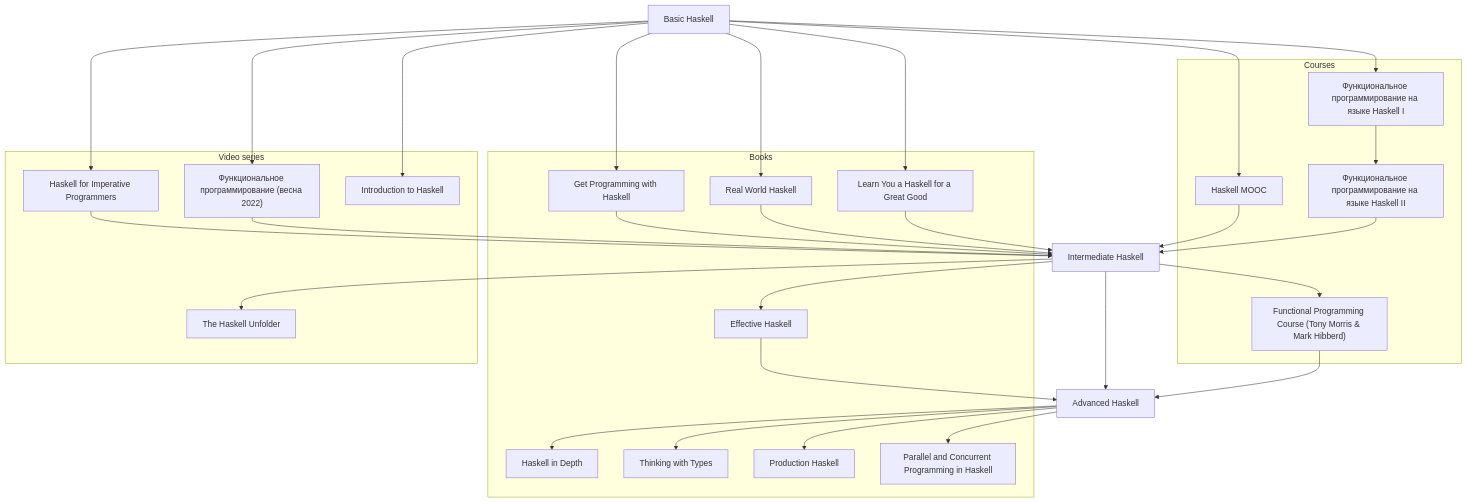
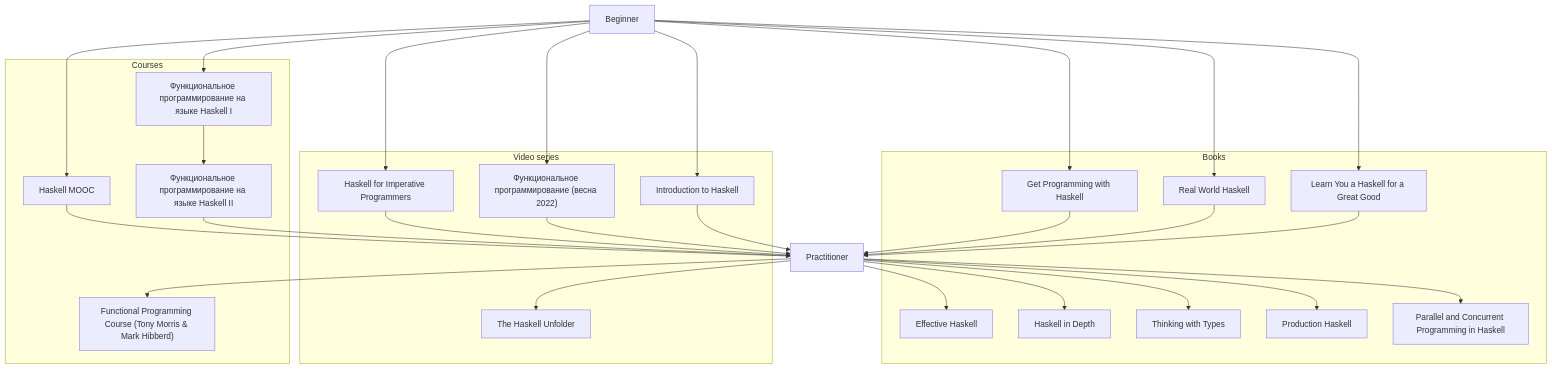
One commit to haskelluz/resources changed the diagram in README.md. Above: the diagram before and after it, drawn with Mermaid.

Commit message:
refactor: resource level classification

````diff
--- a/README.md
+++ b/README.md
@@ -26,54 +26,51 @@
 ```mermaid
 graph TD
-    A1[Basic Haskell]
-    A2[Intermediate Haskell]
-    A3[Advanced Haskell]
+    L1[Beginner]
+    L2[Practitioner]
 
-    A1 --> B1_1[Get Programming with Haskell]
-    A1 --> B1_2[Real World Haskell]
-    A1 --> B1_3[Learn You a Haskell for a Great Good]
-    A1 --> C1_1[Haskell MOOC]
-    A1 --> C1_2[Функциональное программирование на языке Haskell I]
-    A1 --> V1_1[Haskell for Imperative Programmers]
-    A1 --> V1_2["Функциональное программирование (весна 2022)"]
-    A1 --> V1_3[Introduction to Haskell]
+    L1 --> B1_1[Get Programming with Haskell]
+    L1 --> B1_2[Real World Haskell]
+    L1 --> B1_3[Learn You a Haskell for a Great Good]
+    L1 --> C1_1[Haskell MOOC]
+    L1 --> C1_2[Функциональное программирование на языке Haskell I]
+    L1 --> V1_1[Haskell for Imperative Programmers]
+    L1 --> V1_2["Функциональное программирование (весна 2022)"]
+    L1 --> V1_3[Introduction to Haskell]
 
     C1_2 --> C1_3[Функциональное программирование на языке Haskell II]
 
-    A2 --> B2_1[Effective Haskell]
-    A2 --> C2_1["Functional Programming Course (Tony Morris & Mark Hibberd)"]
-    A2 --> V2_1[The Haskell Unfolder]
+    L2 --> B2_1[Effective Haskell]
+    L2 --> C2_1["Functional Programming Course (Tony Morris & Mark Hibberd)"]
+    L2 --> V2_1[The Haskell Unfolder]
+    L2 --> B2_2[Haskell in Depth]
+    L2 --> B2_3[Thinking with Types]
+    L2 --> B2_4[Production Haskell]
+    L2 --> B2_5[Parallel and Concurrent Programming in Haskell]
 
-    A3 --> B3_1[Haskell in Depth]
-    A3 --> B3_2[Thinking with Types]
-    A3 --> B3_3[Production Haskell]
-    A3 --> B3_4[Parallel and Concurrent Programming in Haskell]
-
-    B1_1 & B1_2 & B1_3 & C1_1 & C1_3 & V1_1 & V1_2 --> A2
-    B2_1 & A2 & C2_1 --> A3
+    B1_1 & B1_2 & B1_3 & C1_1 & C1_3 & V1_1 & V1_2 & V1_3 --> L2
 
     subgraph "Books"
     B1_1
     B1_2
     B1_3
     B2_1
-    B3_1
-    B3_2
-    B3_3
-    B3_4
+    B2_2
+    B2_3
+    B2_4
+    B2_5
     end
 
     subgraph "Courses"
     C1_1
     C1_2
     C1_3
     C2_1
     end
 
     subgraph "Video series"
     V1_1
     V1_2
     V1_3
     V2_1
     end
 ```
````
